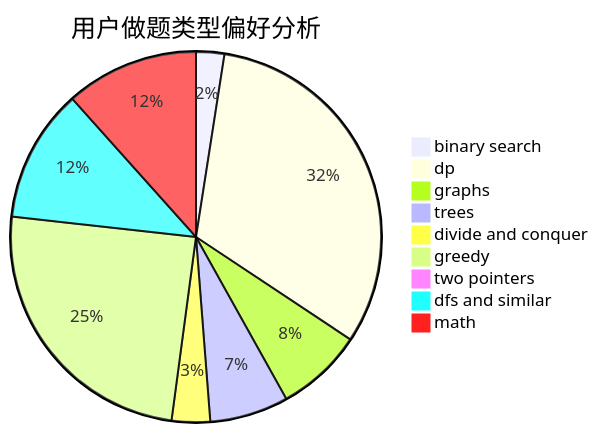
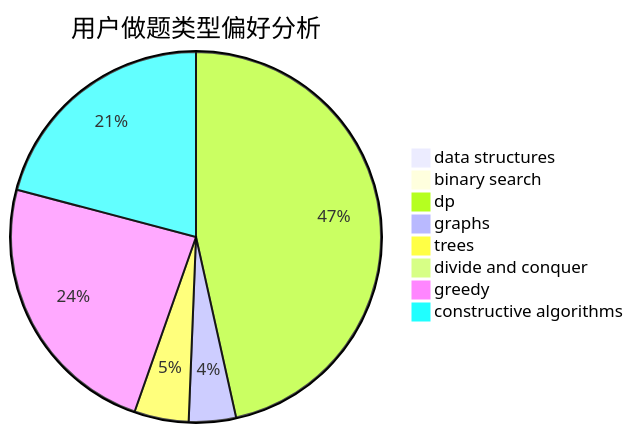
One commit to sherpahu/cfrs.github.io changed the second of 3 diagrams in docs/user/u245.md. Above: the diagram before and after it, drawn with Mermaid. The commit also changed other lines of this file and 2775 other files, not shown here.

````diff
--- a/docs/user/u245.md
+++ b/docs/user/u245.md
@@ -23,12 +23,11 @@
 ```mermaid
 pie title 用户做题类型偏好分析
-    "binary search" :  14
-    "dp" :  181
-    "graphs" :  43
-    "trees" :  39
-    "divide and conquer" :  19
-    "greedy" :  140
-    "two pointers" :  1
-    "dfs and similar" :  66
-    "math" :  66
+    "data structures" :  0
+    "binary search" :  0
+    "dp" :  147
+    "graphs" :  13
+    "trees" :  15
+    "divide and conquer" :  0
+    "greedy" :  75
+    "constructive algorithms" :  66
 ```
````
